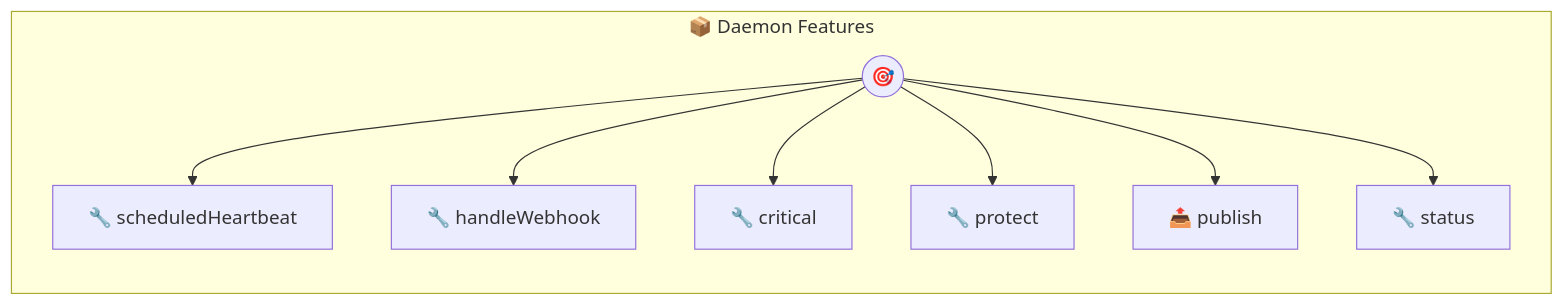
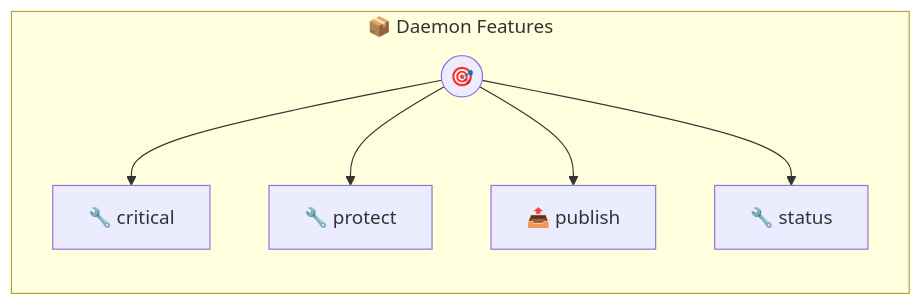
Before and after one commit to portel-dev/photons: the diagram in daemon-features.md, drawn with Mermaid. The commit also changed other lines of this file and 5 other files, not shown here.

````diff
--- a/daemon-features.md
+++ b/daemon-features.md
@@ -101,19 +68,15 @@
 ```mermaid
 flowchart LR
     subgraph daemon_features["📦 Daemon Features"]
         direction TB
         PHOTON((🎯))
-        T0[🔧 scheduledHeartbeat]
+        T0[🔧 critical]
         PHOTON --> T0
-        T1[🔧 handleWebhook]
+        T1[🔧 protect]
         PHOTON --> T1
-        T2[🔧 critical]
+        T2[📤 publish]
         PHOTON --> T2
-        T3[🔧 protect]
+        T3[🔧 status]
         PHOTON --> T3
-        T4[📤 publish]
-        PHOTON --> T4
-        T5[🔧 status]
-        PHOTON --> T5
     end
 ```
````
